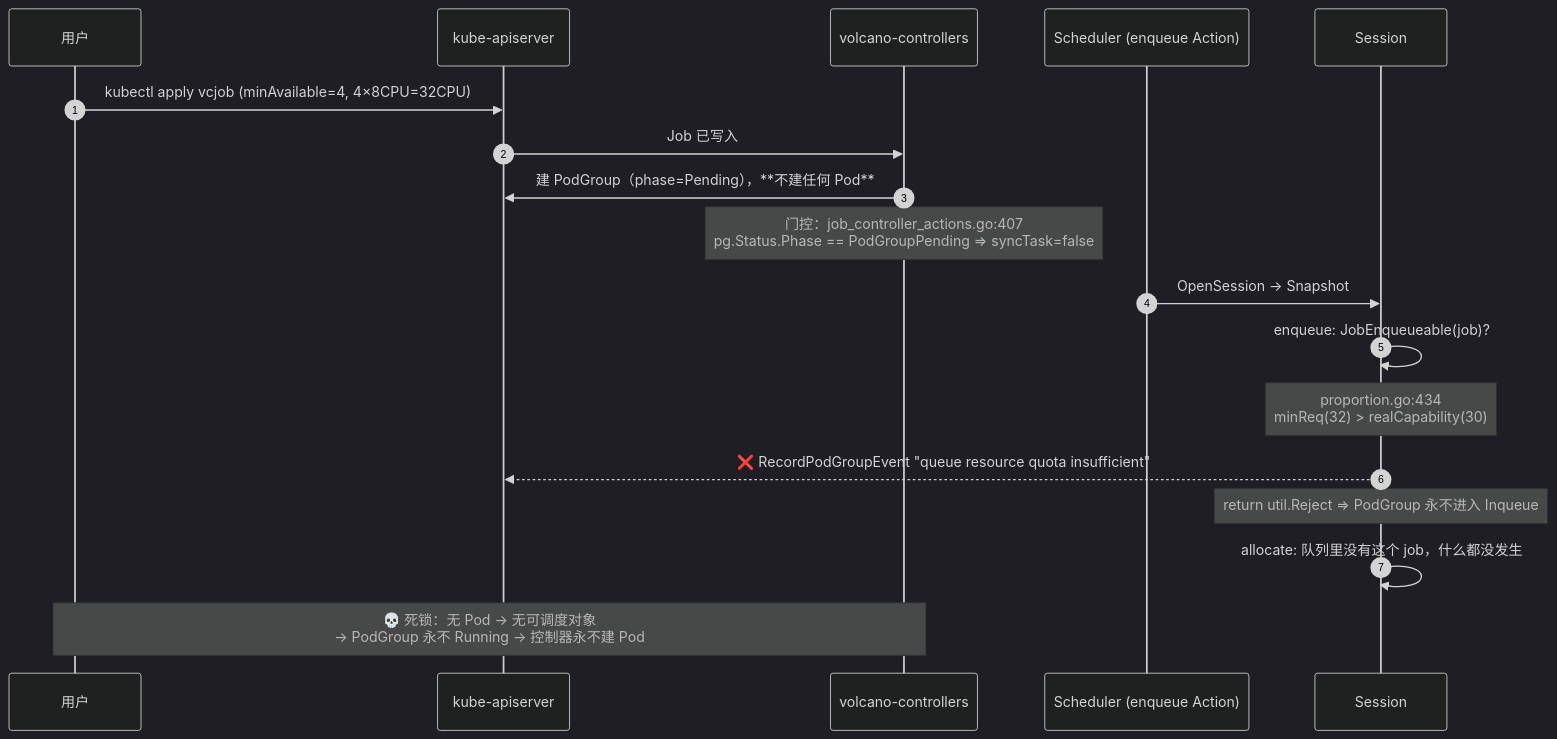
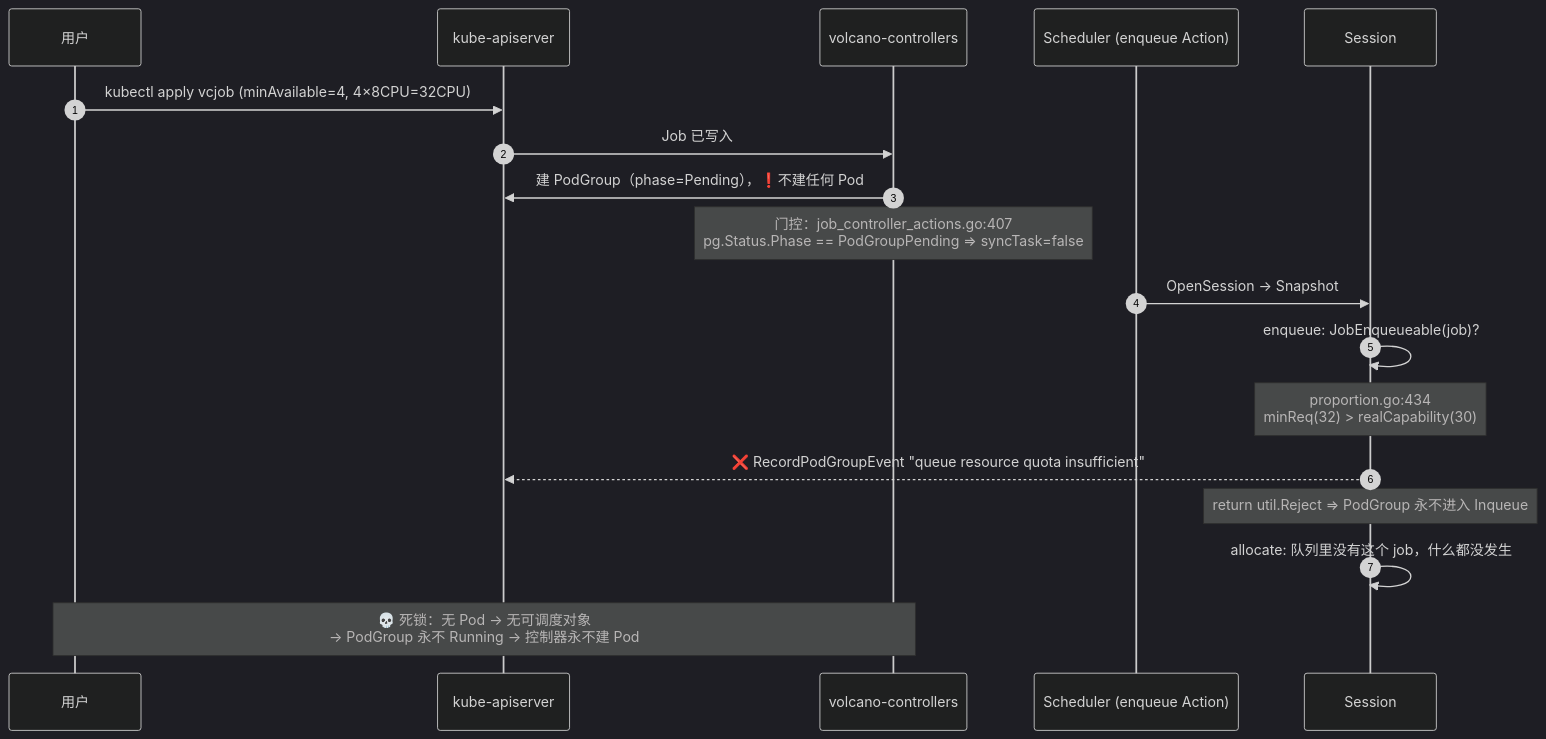
The fifth of 8 diagrams in reports/lipengfei/report.md (xiyoubird/volcano-analysis), drawn with Mermaid (dark theme) before and after one commit. The commit also changed other lines of this file and 6 other files, not shown here.

Commit message:
修正图标渲染错误

````diff
--- a/reports/lipengfei/report.md
+++ b/reports/lipengfei/report.md
@@ -485,20 +485,20 @@
 ```mermaid
 sequenceDiagram
     autonumber
     participant U as 用户
     participant API as kube-apiserver
     participant C as volcano-controllers
     participant L as Scheduler (enqueue Action)
     participant S as Session
     U->>API: kubectl apply vcjob (minAvailable=4, 4×8CPU=32CPU)
     API->>C: Job 已写入
-    C->>API: 建 PodGroup（phase=Pending），**不建任何 Pod**
+    C->>API: 建 PodGroup（phase=Pending），❗不建任何 Pod
     Note over C: 门控：job_controller_actions.go:407<br/>pg.Status.Phase == PodGroupPending ⇒ syncTask=false
     L->>S: OpenSession → Snapshot
     S->>S: enqueue: JobEnqueueable(job)?
     Note over S: proportion.go:434<br/>minReq(32) > realCapability(30)
     S-->>API: ❌ RecordPodGroupEvent "queue resource quota insufficient"
     Note over S: return util.Reject ⇒ PodGroup 永不进入 Inqueue
     S->>S: allocate: 队列里没有这个 job，什么都没发生
     Note over U,C: 💀 死锁：无 Pod → 无可调度对象<br/>→ PodGroup 永不 Running → 控制器永不建 Pod
 ```
````
